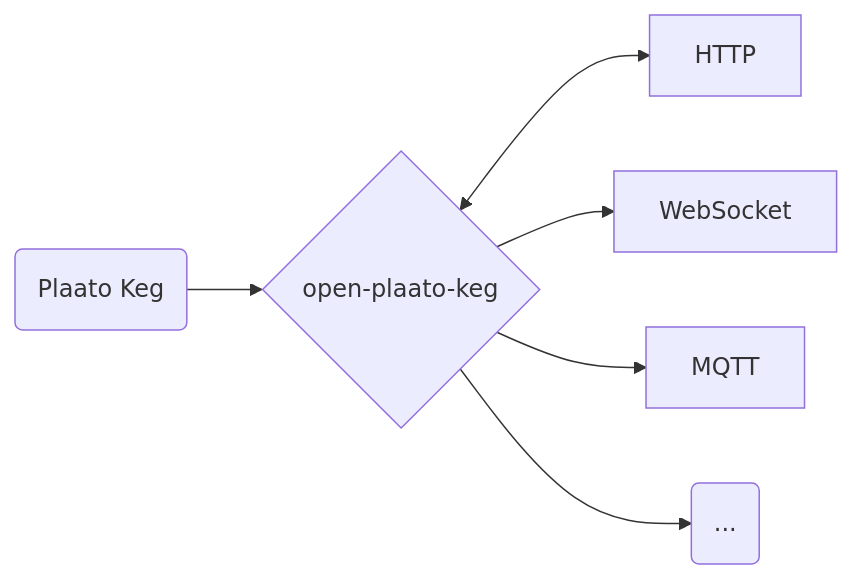
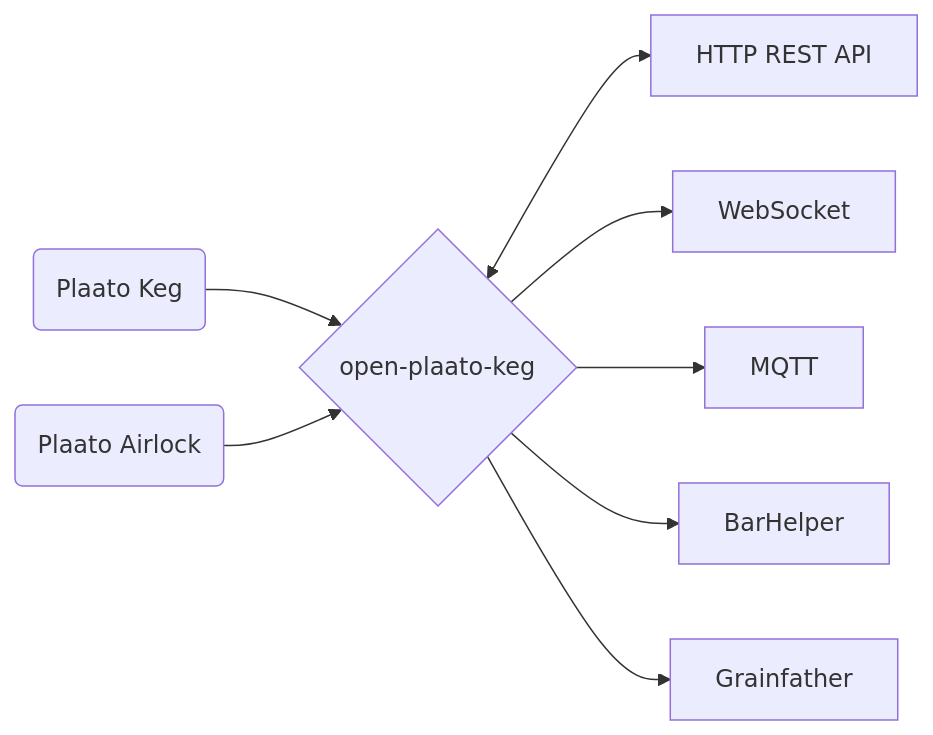
Before and after one commit to DarkJaeger/open-plaato-keg: the second of 2 diagrams in README.md, drawn with Mermaid. The commit also changed other lines of this file, not shown here.

First line of the commit message:
docs: update README for v0.1.7 with airlock and Grainfather support

````diff
--- a/README.md
+++ b/README.md
@@ -94,8 +30,10 @@
 ```mermaid
 graph LR
     A(Plaato Keg) --> B{open-plaato-keg};
-    B <--> C[HTTP];
+    G(Plaato Airlock) --> B;
+    B <--> C[HTTP REST API];
     B --> D[WebSocket];
     B --> E[MQTT];
-    B --> F(...);
+    B --> F[BarHelper];
+    B --> H[Grainfather];
 ```
````
